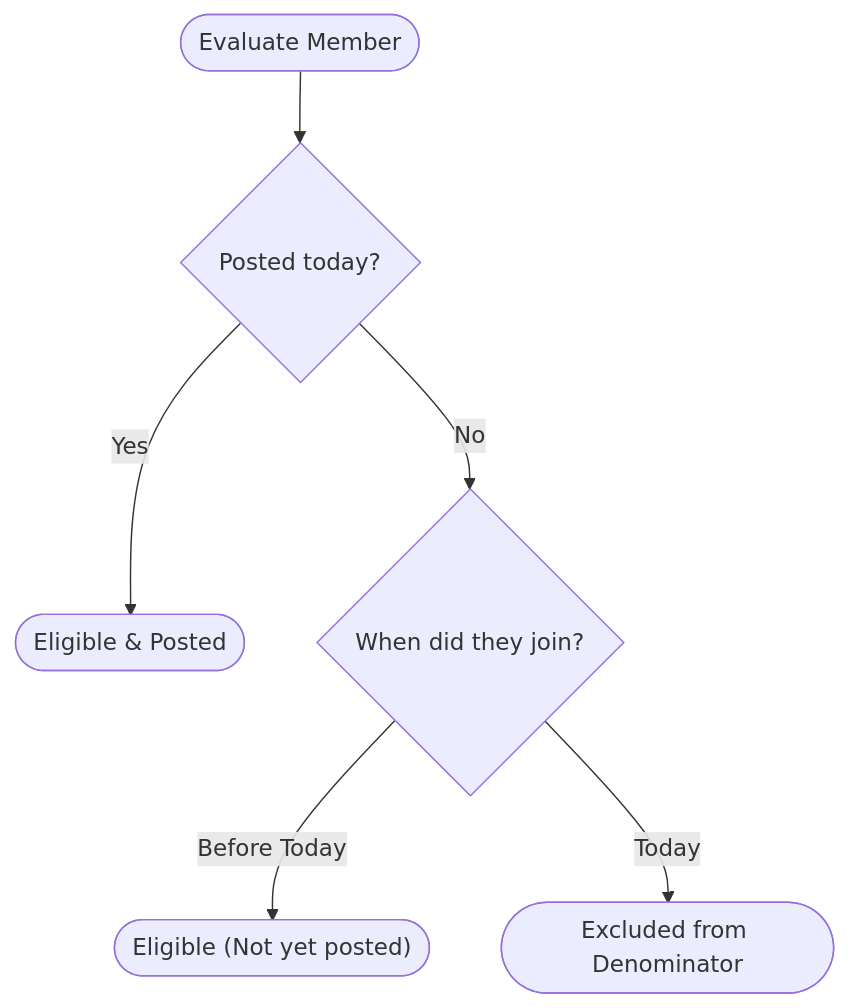
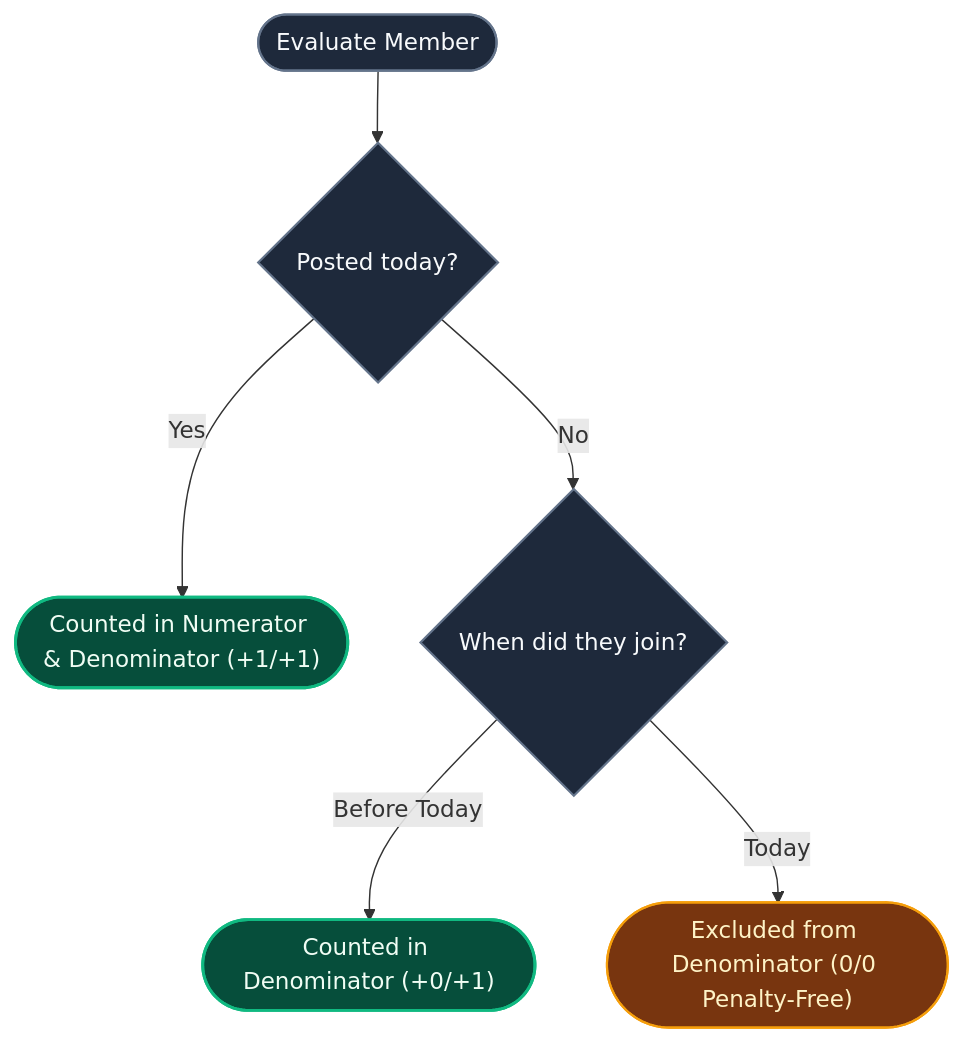
Before and after one commit to ScriptureHabit/scripture-habit: the second of 2 diagrams in docs/unity-participation.md, drawn with Mermaid. The commit also changed other lines of this file and 57 other files, not shown here.

Commit message:
docs: refine documentation prose and add structured diagram breakdowns across JA and EN

````diff
--- a/docs/unity-participation.md
+++ b/docs/unity-participation.md
@@ -44,8 +49,12 @@
 ```mermaid
 flowchart TD
-    Start(["Evaluate Member"]) --> IsPoster{"Posted today?"}
-    IsPoster -- "Yes" --> Counted(["Eligible & Posted"])
-    IsPoster -- "No" --> JoinedDate{"When did they join?"}
-    JoinedDate -- "Before Today" --> CountedEligible(["Eligible (Not yet posted)"])
-    JoinedDate -- "Today" --> Excluded(["Excluded from Denominator"])
+    classDef step fill:#1e293b,stroke:#64748b,stroke-width:1.5px,color:#f8fafc;
+    classDef counted fill:#064e3b,stroke:#10b981,stroke-width:2px,color:#f0fdf4;
+    classDef excluded fill:#78350f,stroke:#f59e0b,stroke-width:1.5px,color:#fef3c7;
+
+    Start(["Evaluate Member"]):::step --> IsPoster{"Posted today?"}:::step
+    IsPoster -- "Yes" --> Counted(["Counted in Numerator & Denominator (+1/+1)"]):::counted
+    IsPoster -- "No" --> JoinedDate{"When did they join?"}:::step
+    JoinedDate -- "Before Today" --> CountedEligible(["Counted in Denominator (+0/+1)"]):::counted
+    JoinedDate -- "Today" --> Excluded(["Excluded from Denominator (0/0 Penalty-Free)"]):::excluded
 ```
````
